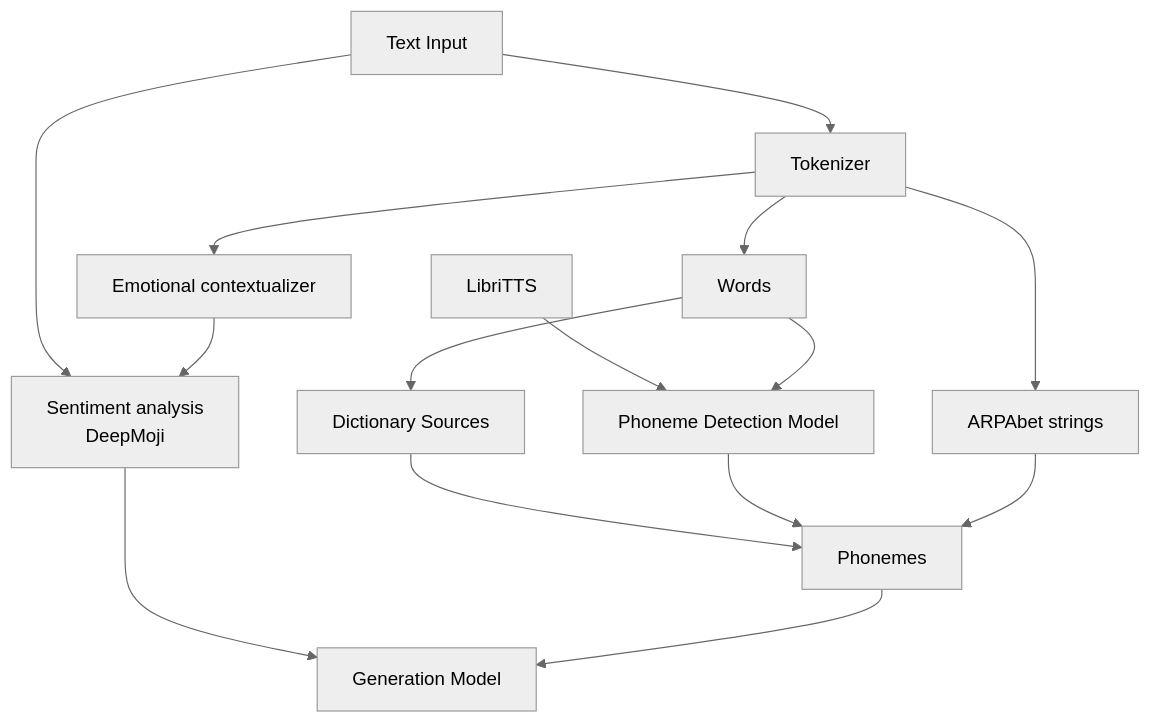
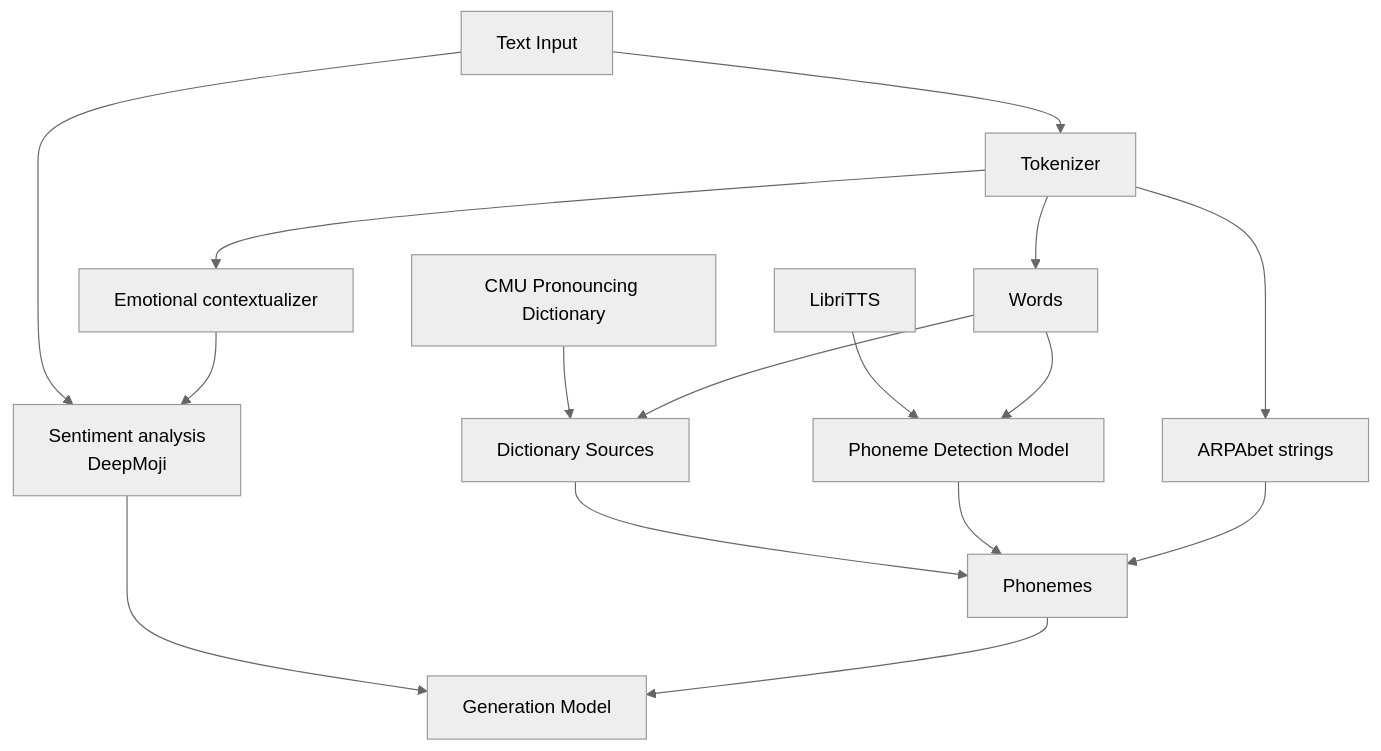
The diagram in content/notes/ai/15ai.md (AlphaGit/tech-garden), drawn with Mermaid (neutral theme) before and after one commit.

````diff
--- a/content/notes/ai/15ai.md
+++ b/content/notes/ai/15ai.md
@@ -54,29 +54,31 @@
 ```mermaid
 flowchart TD
   input[Text Input]
   tokenizer[Tokenizer]
   sentiment[Sentiment analysis<br/>DeepMoji]
   
   input --> tokenizer 
   input --> sentiment
 
+  cmu[CMU Pronouncing Dictionary]
   dictionary[Dictionary Sources]
 
   libritts[LibriTTS]
   phonemeModel[Phoneme Detection Model]
   libritts --> phonemeModel
 
   phonemes[Phonemes]
   words[Words]
   arpabet[ARPAbet strings]
   emocontext[Emotional contextualizer]
 
+  cmu --> dictionary
   tokenizer --> words --> dictionary --> phonemes
   words --> phonemeModel --> phonemes
   tokenizer --> arpabet --> phonemes
   tokenizer --> emocontext --> sentiment
 
   generation[Generation Model]
   sentiment --> generation
   phonemes --> generation
 ```
````
